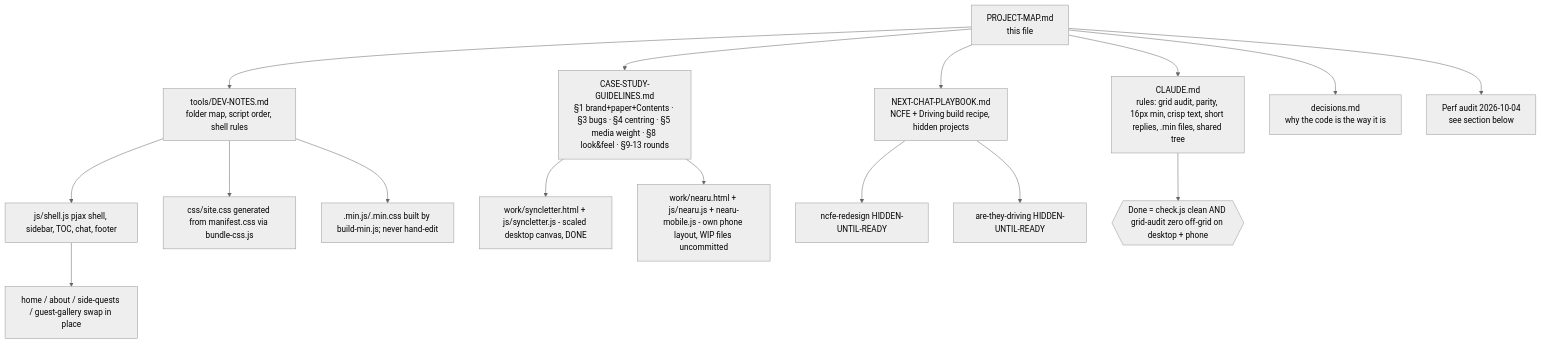
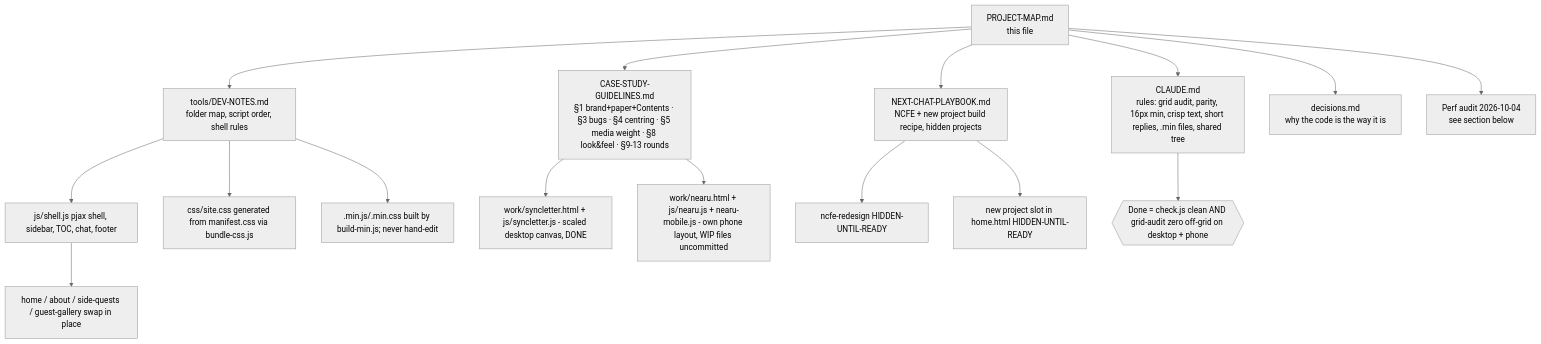
Before and after one commit to Siddhibhavya/siddhibhavya.github.io: the diagram in PROJECT-MAP.md, drawn with Mermaid (neutral theme). The commit also changed 16 other files, not shown here.

Commit message:
Remove Are they Driving?; M.I.K.U loads on case studies with project-specific suggestions

````diff
--- a/PROJECT-MAP.md
+++ b/PROJECT-MAP.md
@@ -3,21 +3,21 @@
 ```mermaid
 graph TD
   CLAUDE[CLAUDE.md<br/>rules: grid audit, parity, 16px min, crisp text, short replies, .min files, shared tree]
   MAP[PROJECT-MAP.md<br/>this file]
   DEV[tools/DEV-NOTES.md<br/>folder map, script order, shell rules]
   CSG[CASE-STUDY-GUIDELINES.md<br/>§1 brand+paper+Contents · §3 bugs · §4 centring · §5 media weight · §8 look&feel · §9-13 rounds]
-  PLAY[NEXT-CHAT-PLAYBOOK.md<br/>NCFE + Driving build recipe, hidden projects]
+  PLAY[NEXT-CHAT-PLAYBOOK.md<br/>NCFE + new project build recipe, hidden projects]
   DEC[decisions.md<br/>why the code is the way it is]
   PERF[Perf audit 2026-10-04<br/>see section below]
 
   MAP --> CLAUDE & DEV & CSG & PLAY & DEC & PERF
   DEV --> SHELL[js/shell.js pjax shell, sidebar, TOC, chat, footer]
   DEV --> CSS[css/site.css generated from manifest.css via bundle-css.js]
   DEV --> MIN[.min.js/.min.css built by build-min.js; never hand-edit]
   SHELL --> PAGES[home / about / side-quests / guest-gallery swap in place]
   CSG --> SYN[work/syncletter.html + js/syncletter.js - scaled desktop canvas, DONE]
   CSG --> NU[work/nearu.html + js/nearu.js + nearu-mobile.js - own phone layout, WIP files uncommitted]
   PLAY --> NCFE[ncfe-redesign HIDDEN-UNTIL-READY]
-  PLAY --> DRV[are-they-driving HIDDEN-UNTIL-READY]
+  PLAY --> NEWP[new project slot in home.html HIDDEN-UNTIL-READY]
   CLAUDE --> GATE{{Done = check.js clean AND grid-audit zero off-grid on desktop + phone}}
 ```
````
